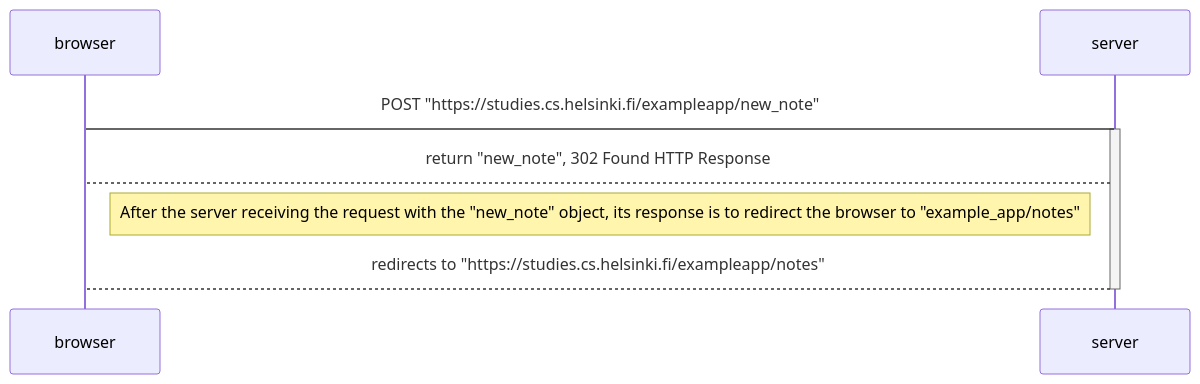
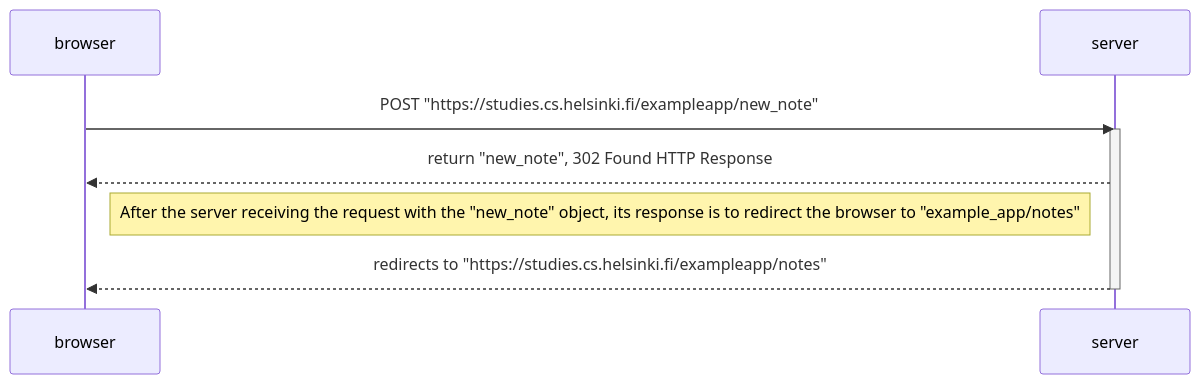
The diagram in part0/ex0_4.md (LautaroDiana/fullStackOpenLautaroDiana), drawn with Mermaid before and after one commit. The commit also changed 2 other files, not shown here.

Commit message:
Part0 exercises solved

````diff
--- a/part0/ex0_4.md
+++ b/part0/ex0_4.md
@@ -1,13 +1,13 @@
 ```mermaid
 sequenceDiagram
     
     participant browser
     participant server
 
-    browser->server: POST "https://studies.cs.helsinki.fi/exampleapp/new_note"
+    browser->>server: POST "https://studies.cs.helsinki.fi/exampleapp/new_note"
     activate server
-    server-->browser: return "new_note", 302 Found HTTP Response
+    server-->>browser: return "new_note", 302 Found HTTP Response
     note right of browser: After the server receiving the request with the "new_note" object, its response is to redirect the browser to "example_app/notes"
-    server-->browser: redirects to "https://studies.cs.helsinki.fi/exampleapp/notes"
+    server-->>browser: redirects to "https://studies.cs.helsinki.fi/exampleapp/notes"
     deactivate server
 ```
````
